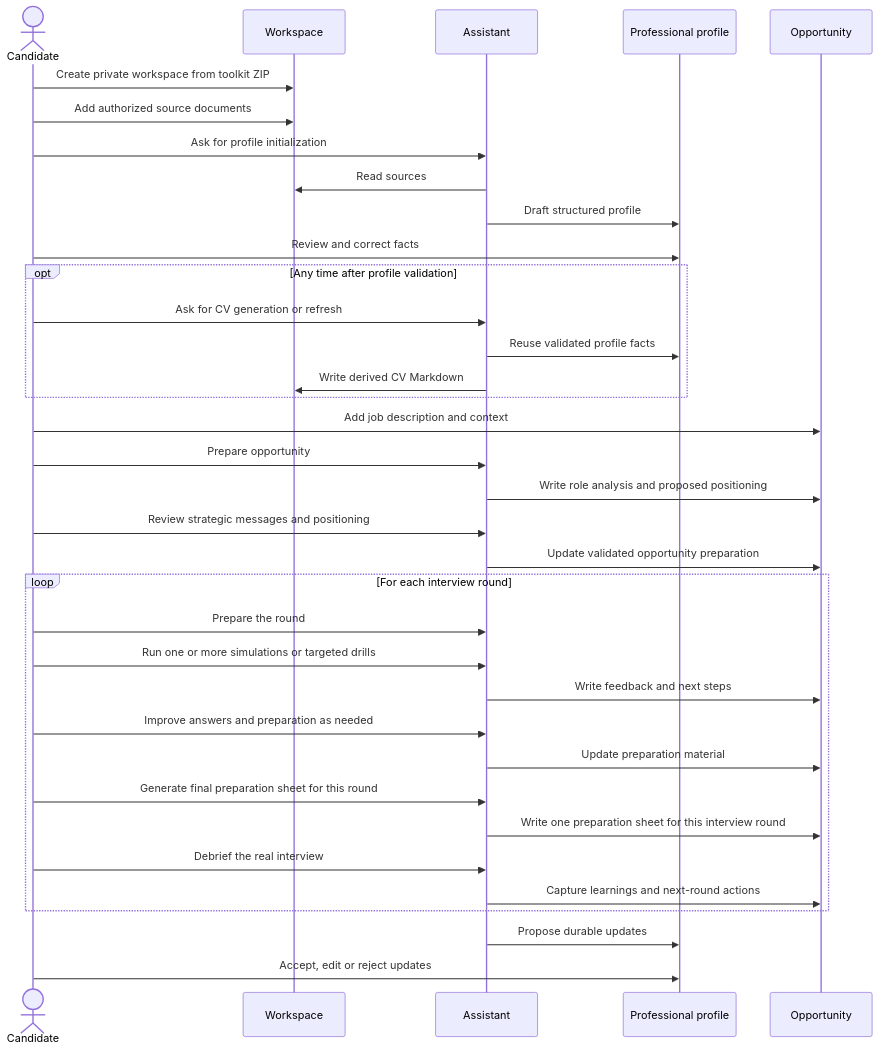
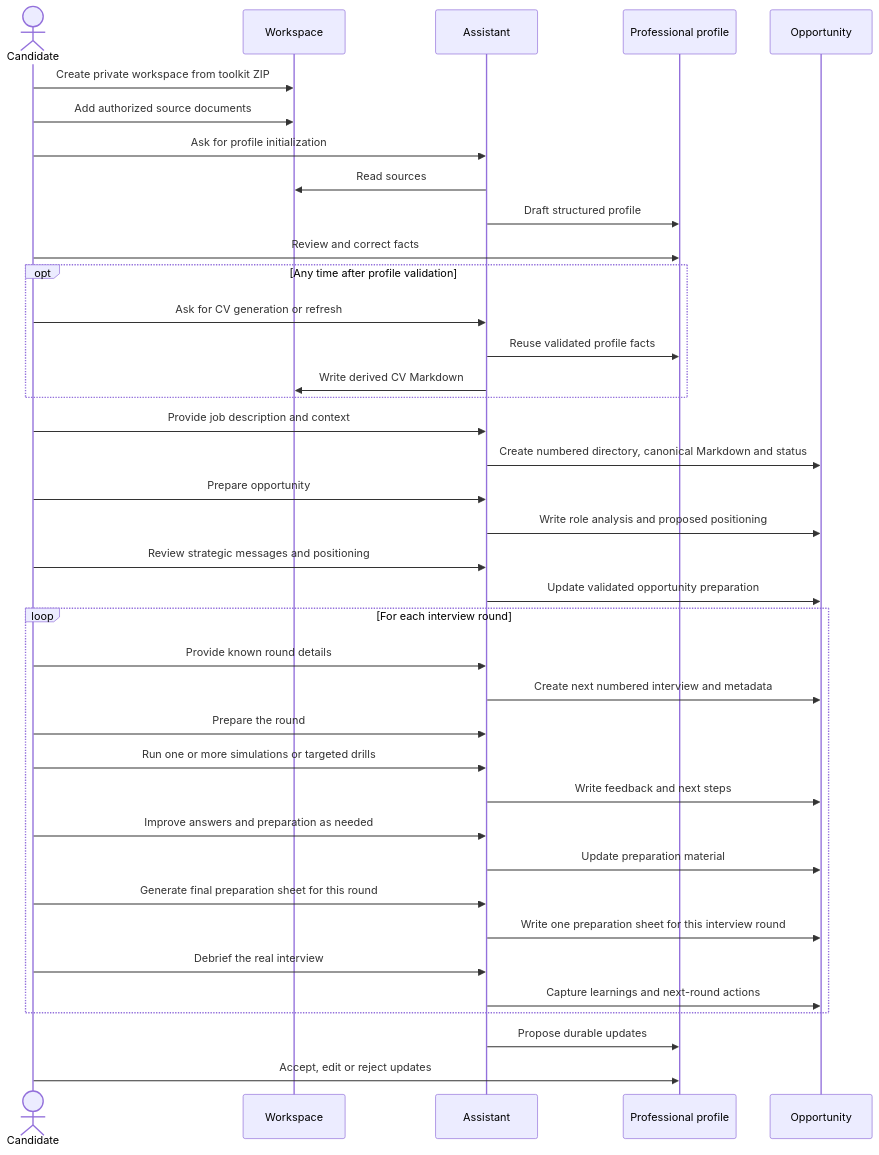
The second of 2 diagrams in docs/document-lifecycle.md (JeromeJ77/career-ai-toolkit), drawn with Mermaid before and after one commit. The commit also changed other lines of this file and 21 other files, not shown here.

````diff
--- a/docs/document-lifecycle.md
+++ b/docs/document-lifecycle.md
@@ -41,38 +45,41 @@
 ```mermaid
 sequenceDiagram
     actor Candidate
     participant Workspace
     participant Assistant
     participant Profile as Professional profile
     participant Opportunity
 
     Candidate->>Workspace: Create private workspace from toolkit ZIP
     Candidate->>Workspace: Add authorized source documents
     Candidate->>Assistant: Ask for profile initialization
     Assistant->>Workspace: Read sources
     Assistant->>Profile: Draft structured profile
     Candidate->>Profile: Review and correct facts
     opt Any time after profile validation
         Candidate->>Assistant: Ask for CV generation or refresh
         Assistant->>Profile: Reuse validated profile facts
         Assistant->>Workspace: Write derived CV Markdown
     end
-    Candidate->>Opportunity: Add job description and context
+    Candidate->>Assistant: Provide job description and context
+    Assistant->>Opportunity: Create numbered directory, canonical Markdown and status
     Candidate->>Assistant: Prepare opportunity
     Assistant->>Opportunity: Write role analysis and proposed positioning
     Candidate->>Assistant: Review strategic messages and positioning
     Assistant->>Opportunity: Update validated opportunity preparation
     loop For each interview round
+        Candidate->>Assistant: Provide known round details
+        Assistant->>Opportunity: Create next numbered interview and metadata
         Candidate->>Assistant: Prepare the round
         Candidate->>Assistant: Run one or more simulations or targeted drills
         Assistant->>Opportunity: Write feedback and next steps
         Candidate->>Assistant: Improve answers and preparation as needed
         Assistant->>Opportunity: Update preparation material
         Candidate->>Assistant: Generate final preparation sheet for this round
         Assistant->>Opportunity: Write one preparation sheet for this interview round
         Candidate->>Assistant: Debrief the real interview
         Assistant->>Opportunity: Capture learnings and next-round actions
     end
     Assistant->>Profile: Propose durable updates
     Candidate->>Profile: Accept, edit or reject updates
 ```
````
